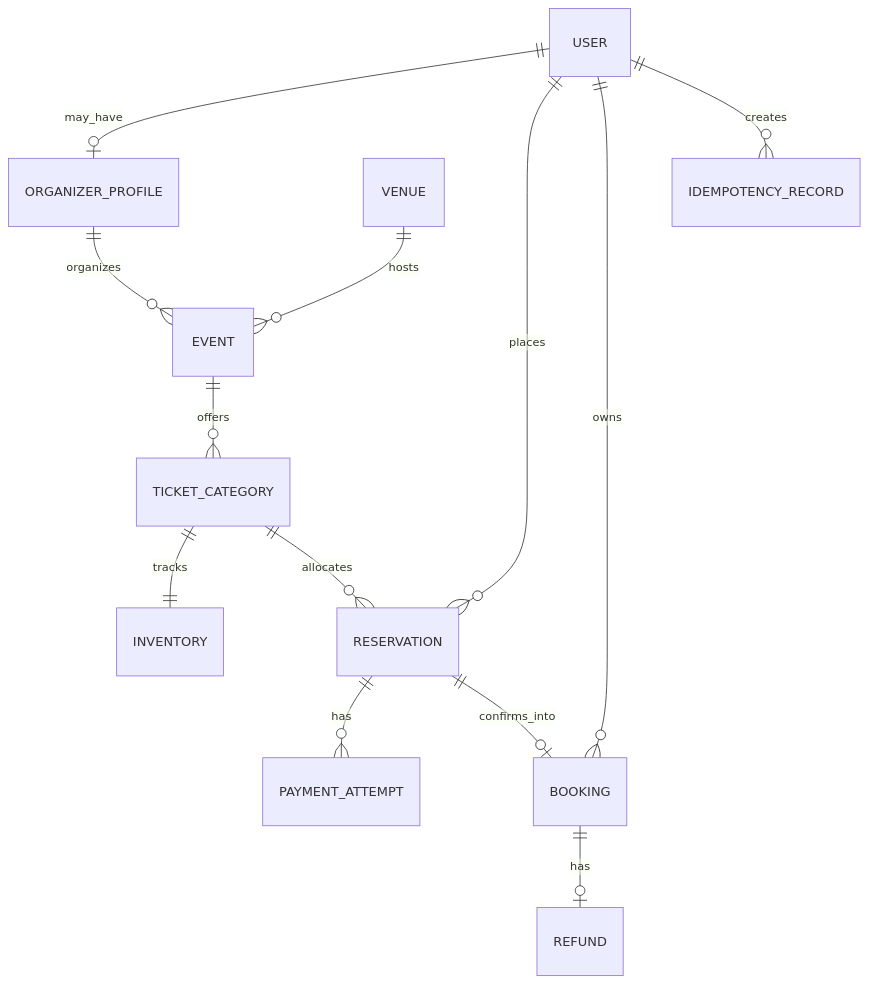
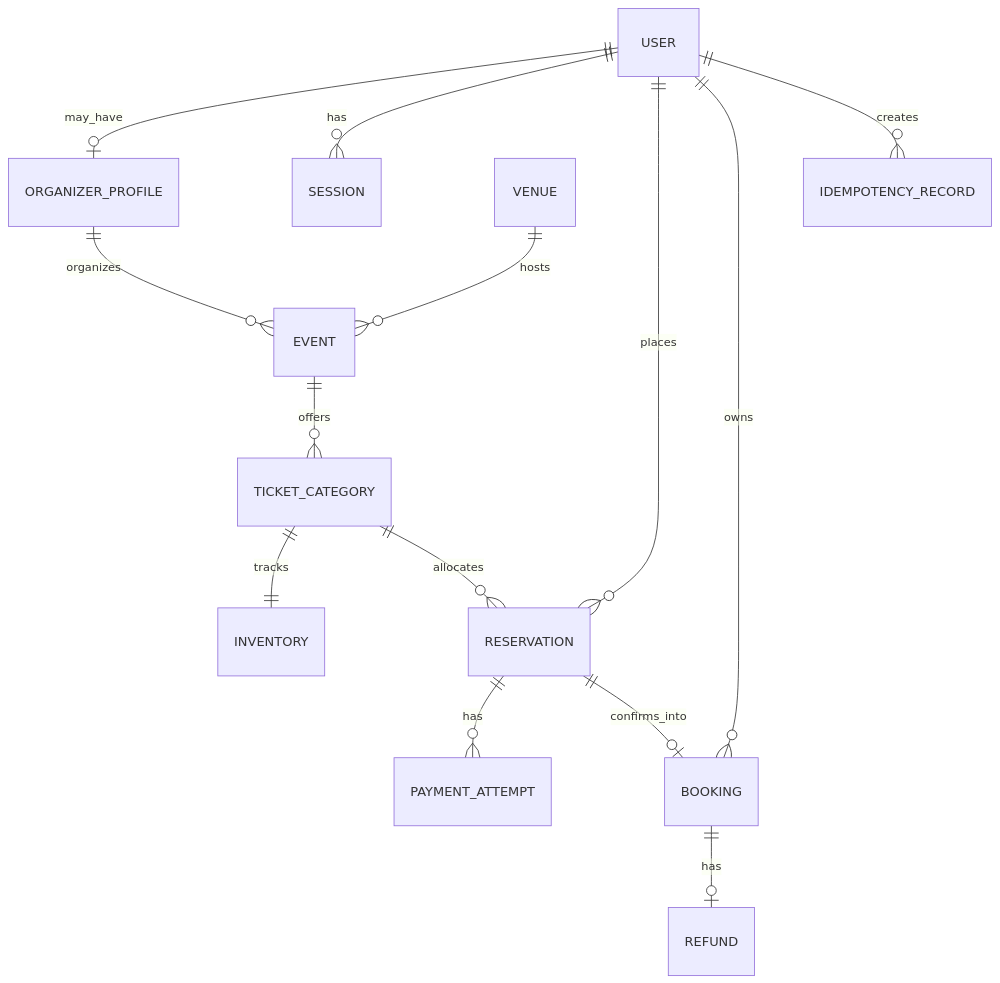
The diagram in docs/domain-model.md (Punith1117/ticket-forge), drawn with Mermaid before and after one commit. The commit also changed other lines of this file and 7 other files, not shown here.

````diff
--- a/docs/domain-model.md
+++ b/docs/domain-model.md
@@ -371,15 +397,16 @@
 ```mermaid
 erDiagram
     USER ||--o| ORGANIZER_PROFILE : may_have
+    USER ||--o{ SESSION : has
     ORGANIZER_PROFILE ||--o{ EVENT : organizes
     VENUE ||--o{ EVENT : hosts
     EVENT ||--o{ TICKET_CATEGORY : offers
     TICKET_CATEGORY ||--|| INVENTORY : tracks
     USER ||--o{ RESERVATION : places
     TICKET_CATEGORY ||--o{ RESERVATION : allocates
     RESERVATION ||--o{ PAYMENT_ATTEMPT : has
     RESERVATION ||--o| BOOKING : confirms_into
     USER ||--o{ BOOKING : owns
     BOOKING ||--o| REFUND : has
     USER ||--o{ IDEMPOTENCY_RECORD : creates
 ```
````
